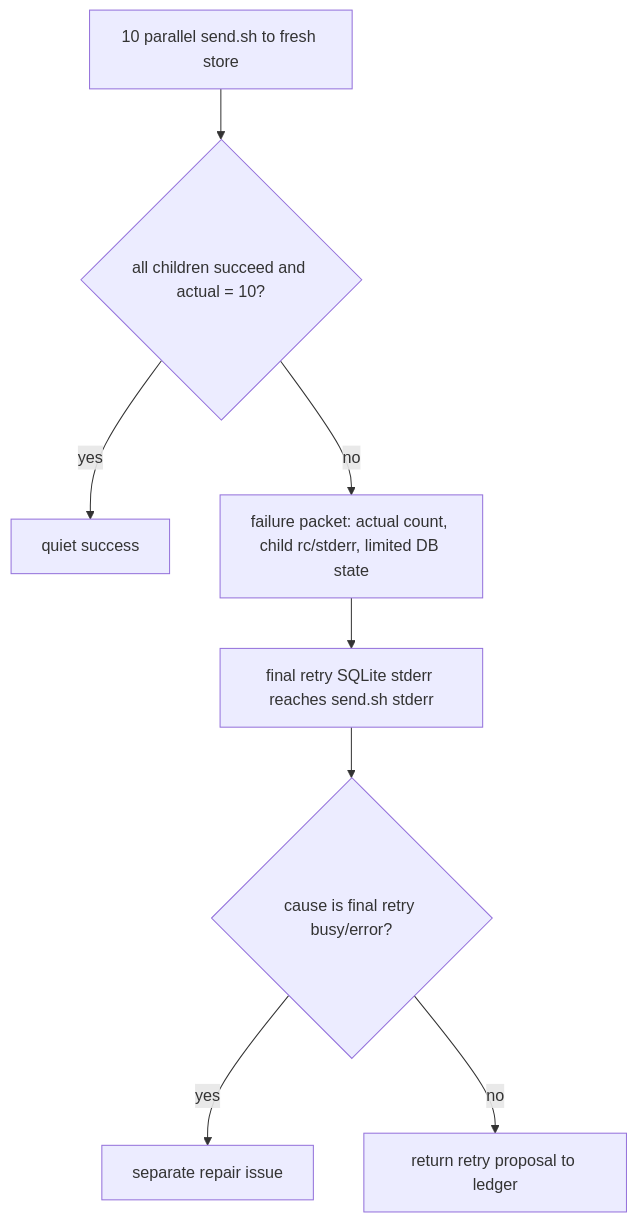
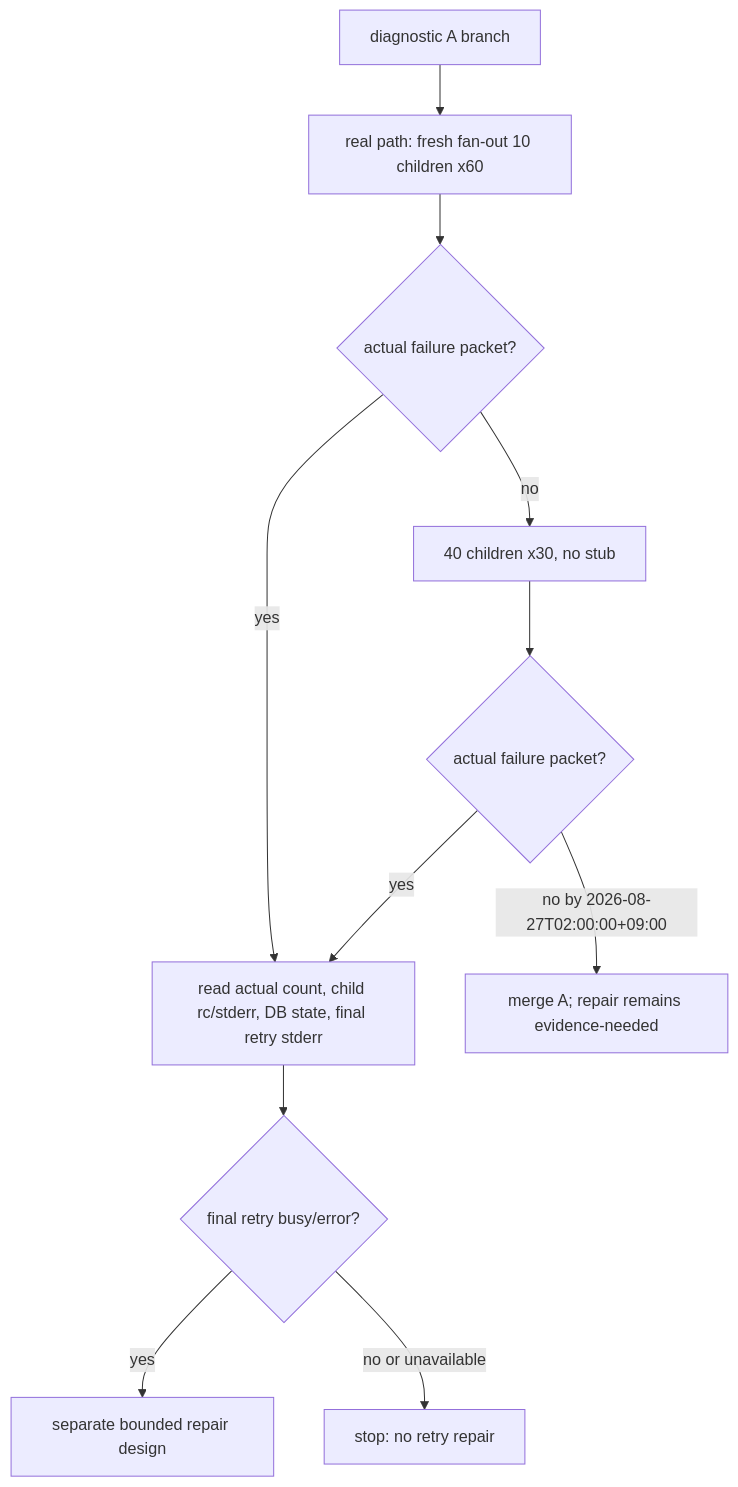
One commit to kappaseijin/agmsg changed the diagram in docs/plan/2026-08-26_issue-181-fresh-fanout-diagnostics.md. Above: the diagram before and after it, drawn with Mermaid. The commit also changed other lines of this file, not shown here.

Commit message:
docs: add #181 packet harvest gate

````diff
--- a/docs/plan/2026-08-26_issue-181-fresh-fanout-diagnostics.md
+++ b/docs/plan/2026-08-26_issue-181-fresh-fanout-diagnostics.md
@@ -26,10 +26,13 @@
 ```mermaid
 flowchart TD
-  A[10 parallel send.sh to fresh store] --> B{all children succeed and actual = 10?}
-  B -->|yes| C[quiet success]
-  B -->|no| D[failure packet: actual count, child rc/stderr, limited DB state]
-  D --> E[final retry SQLite stderr reaches send.sh stderr]
-  E --> F{cause is final retry busy/error?}
-  F -->|yes| G[separate repair issue]
-  F -->|no| H[return retry proposal to ledger]
+  A[diagnostic A branch] --> B[real path: fresh fan-out 10 children x60]
+  B --> C{actual failure packet?}
+  C -->|yes| D[read actual count, child rc/stderr, DB state, final retry stderr]
+  C -->|no| E[40 children x30, no stub]
+  E --> F{actual failure packet?}
+  F -->|yes| D
+  F -->|no by 2026-08-27T02:00:00+09:00| G[merge A; repair remains evidence-needed]
+  D --> H{final retry busy/error?}
+  H -->|yes| I[separate bounded repair design]
+  H -->|no or unavailable| J[stop: no retry repair]
 ```
````
